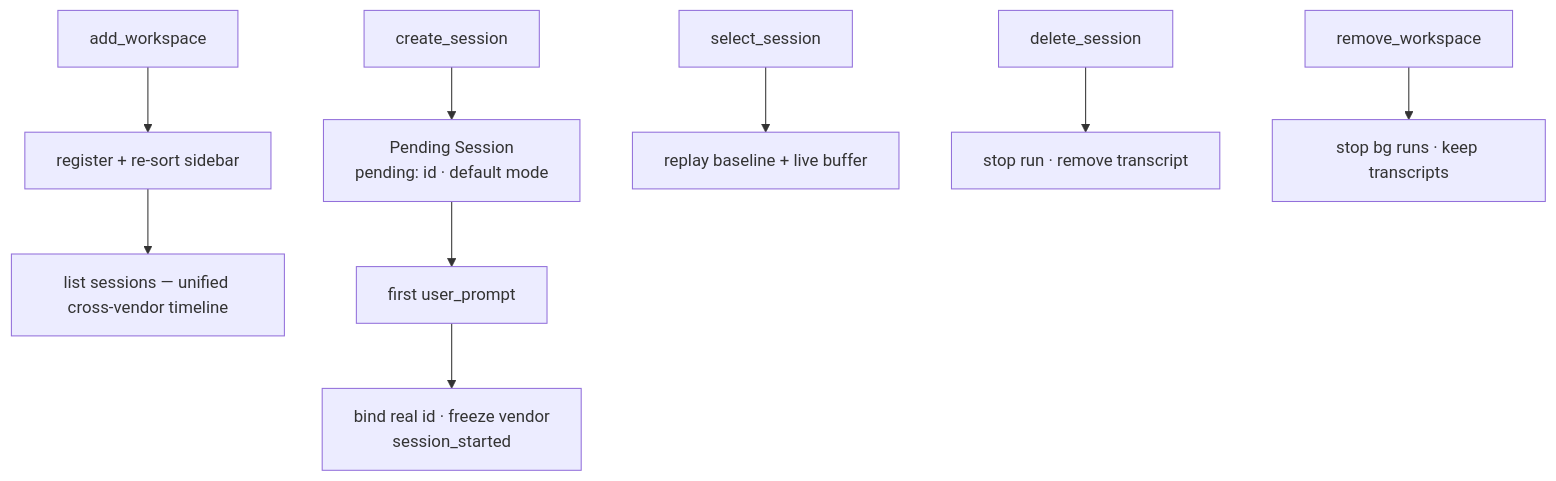
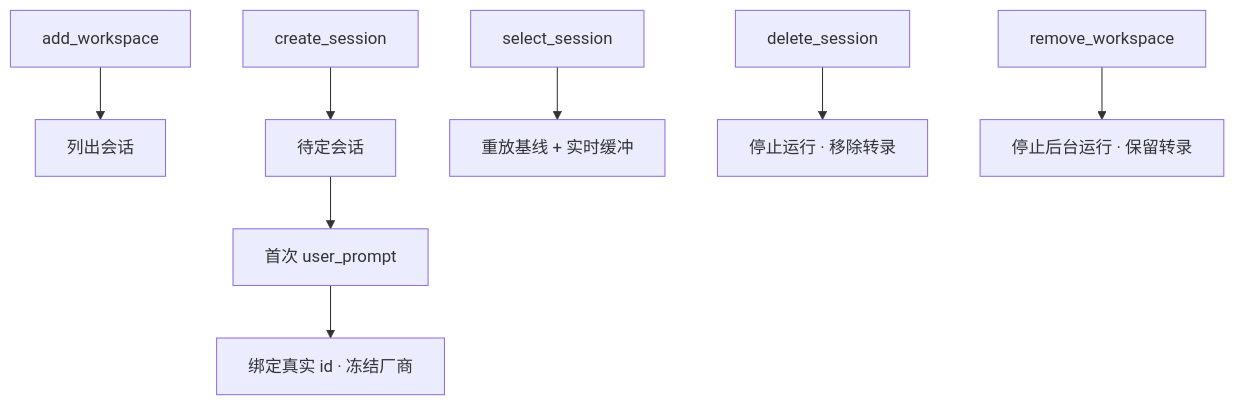
The diagram in doc/flows/flow-workspace-session-lifecycle.md (sequencestream/c3), drawn with Mermaid before and after one commit. The commit also changed other lines of this file and 128 other files, not shown here.

````diff
--- a/doc/flows/flow-workspace-session-lifecycle.md
+++ b/doc/flows/flow-workspace-session-lifecycle.md
@@ -14,11 +11,10 @@
 ```mermaid
 flowchart TD
-    AW[add_workspace] --> REG[register + re-sort sidebar]
-    REG --> LS[list sessions — unified cross-vendor timeline]
-    CS[create_session] --> PEND[Pending Session<br/>pending: id · default mode]
-    PEND --> UP[first user_prompt]
-    UP --> BIND[bind real id · freeze vendor<br/>session_started]
-    SEL[select_session] --> REPLAY[replay baseline + live buffer]
-    DEL[delete_session] --> STOP[stop run · remove transcript]
-    RW[remove_workspace] --> ARCH[stop bg runs · keep transcripts]
+    AW[add_workspace] --> LS[列出会话]
+    CS[create_session] --> PEND[待定会话]
+    PEND --> UP[首次 user_prompt]
+    UP --> BIND[绑定真实 id · 冻结厂商]
+    SEL[select_session] --> REPLAY[重放基线 + 实时缓冲]
+    DEL[delete_session] --> STOP[停止运行 · 移除转录]
+    RW[remove_workspace] --> ARCH[停止后台运行 · 保留转录]
 ```
````
